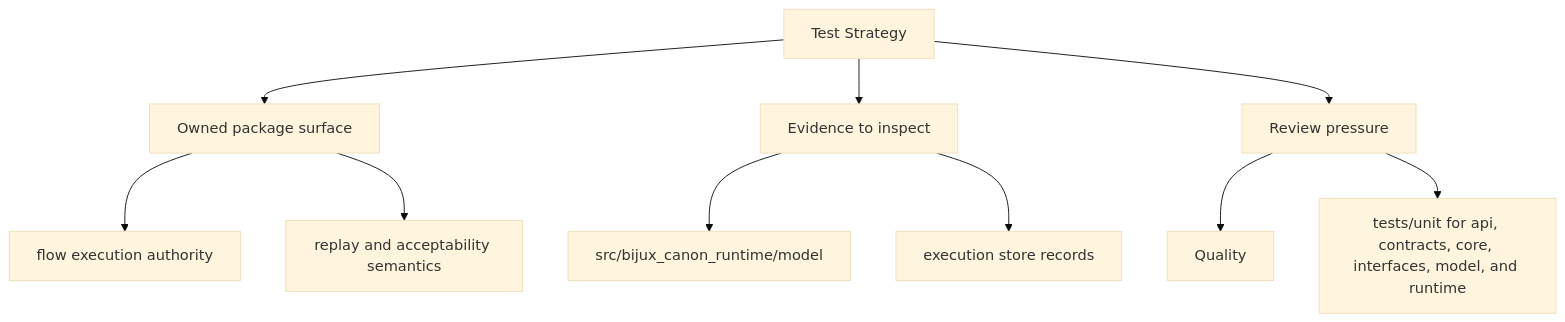
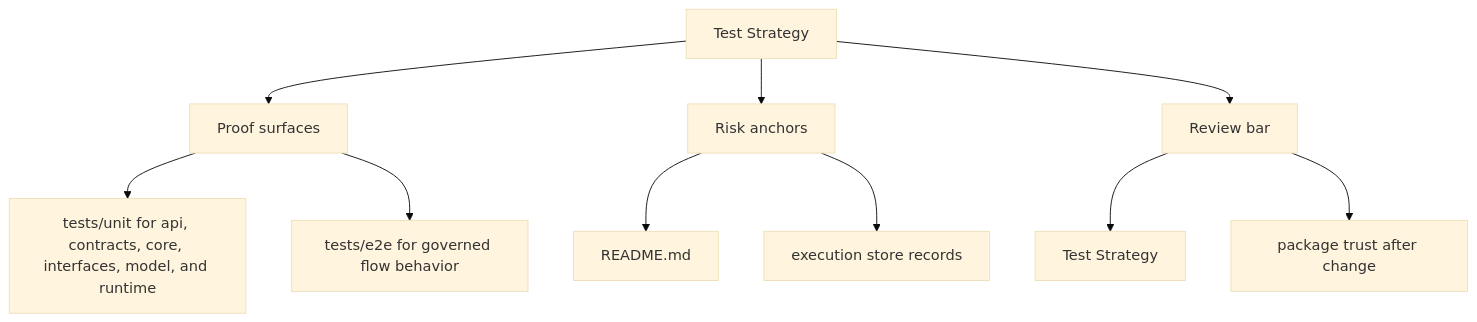
Before and after one commit to bijux/bijux-canon: the second of 2 diagrams in docs/bijux-canon-runtime/quality/test-strategy.md, drawn with Mermaid (base theme). The commit also changed other lines of this file and 250 other files, not shown here.

Commit message:
docs(diagrams): make product page maps more readable

````diff
--- a/docs/bijux-canon-runtime/quality/test-strategy.md
+++ b/docs/bijux-canon-runtime/quality/test-strategy.md
@@ -34,22 +34,22 @@
 ```mermaid
 flowchart TD
     page["Test Strategy"]
-    focus1["Owned package surface"]
+    focus1["Proof surfaces"]
     page --> focus1
-    focus1_1["flow execution authority"]
+    focus1_1["tests/unit for api, contracts, core, interfaces, model, and runtime"]
     focus1 --> focus1_1
-    focus1_2["replay and acceptability semantics"]
+    focus1_2["tests/e2e for governed flow behavior"]
     focus1 --> focus1_2
-    focus2["Evidence to inspect"]
+    focus2["Risk anchors"]
     page --> focus2
-    focus2_1["src/bijux_canon_runtime/model"]
+    focus2_1["README.md"]
     focus2 --> focus2_1
     focus2_2["execution store records"]
     focus2 --> focus2_2
-    focus3["Review pressure"]
+    focus3["Review bar"]
     page --> focus3
-    focus3_1["Quality"]
+    focus3_1["Test Strategy"]
     focus3 --> focus3_1
-    focus3_2["tests/unit for api, contracts, core, interfaces, model, and runtime"]
+    focus3_2["package trust after change"]
     focus3 --> focus3_2
 ```
````
